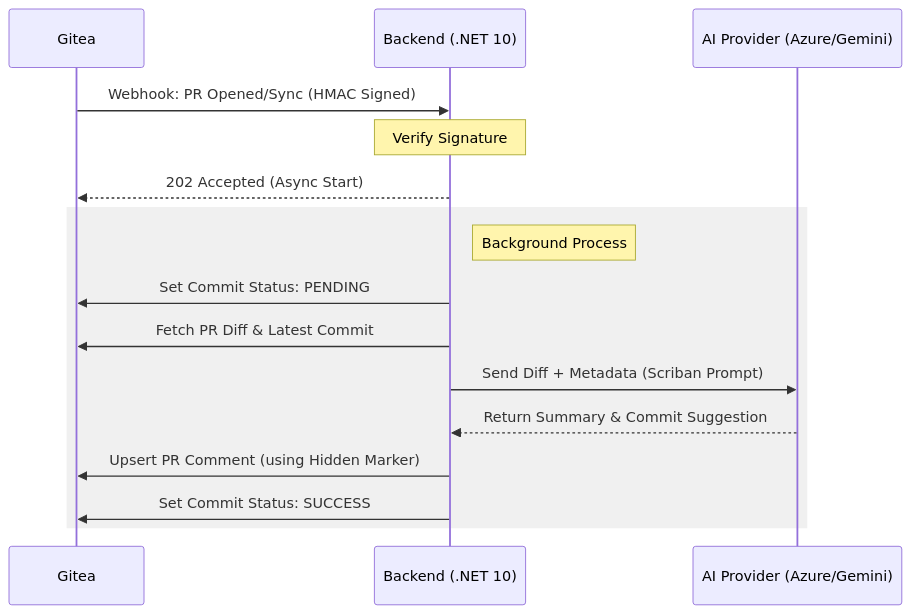
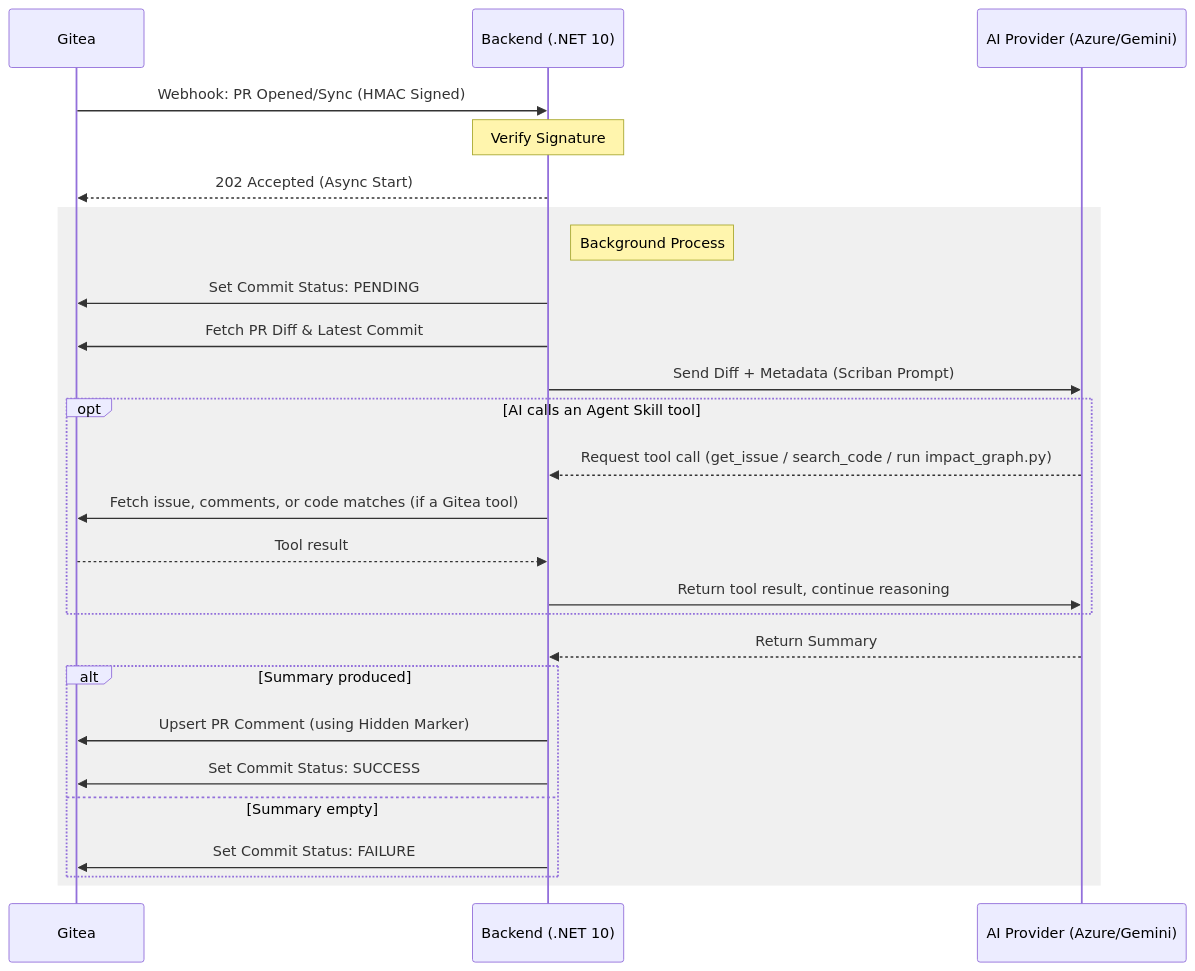
The diagram in README.md (pingkunga/gitea-aihook), drawn with Mermaid before and after one commit. The commit also changed other lines of this file, not shown here.

````diff
--- a/README.md
+++ b/README.md
@@ -13,20 +13,33 @@
 ```mermaid
 sequenceDiagram
     participant G as Gitea
     participant B as Backend (.NET 10)
     participant AI as AI Provider (Azure/Gemini)
 
     G->>B: Webhook: PR Opened/Sync (HMAC Signed)
     Note over B: Verify Signature
     B-->>G: 202 Accepted (Async Start)
 
     rect rgb(240, 240, 240)
     Note right of B: Background Process
     B->>G: Set Commit Status: PENDING
     B->>G: Fetch PR Diff & Latest Commit
     B->>AI: Send Diff + Metadata (Scriban Prompt)
-    AI-->>B: Return Summary & Commit Suggestion
-    B->>G: Upsert PR Comment (using Hidden Marker)
-    B->>G: Set Commit Status: SUCCESS
+
+    opt AI calls an Agent Skill tool
+        AI-->>B: Request tool call (get_issue / search_code / run impact_graph.py)
+        B->>G: Fetch issue, comments, or code matches (if a Gitea tool)
+        G-->>B: Tool result
+        B->>AI: Return tool result, continue reasoning
+    end
+
+    AI-->>B: Return Summary
+
+    alt Summary produced
+        B->>G: Upsert PR Comment (using Hidden Marker)
+        B->>G: Set Commit Status: SUCCESS
+    else Summary empty
+        B->>G: Set Commit Status: FAILURE
+    end
     end
 ```
````
